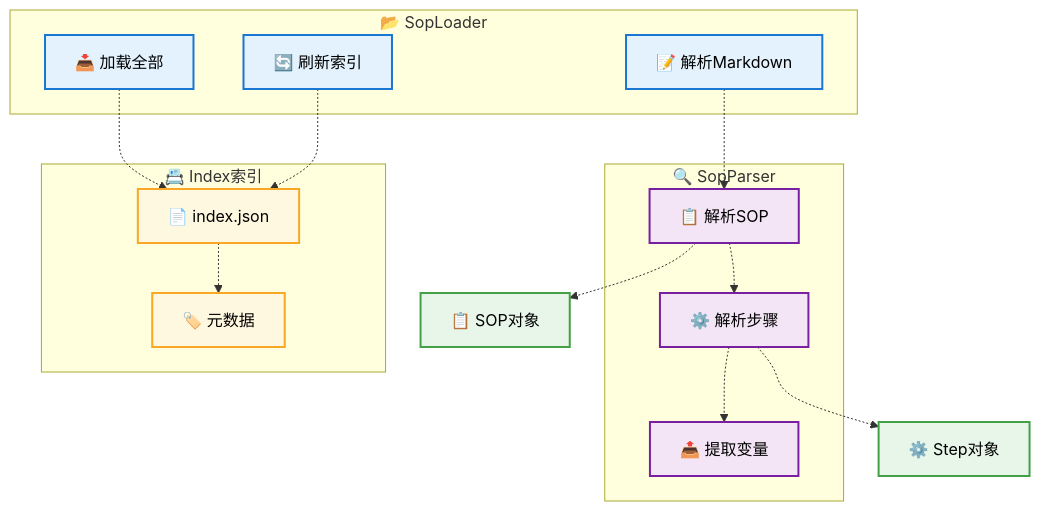
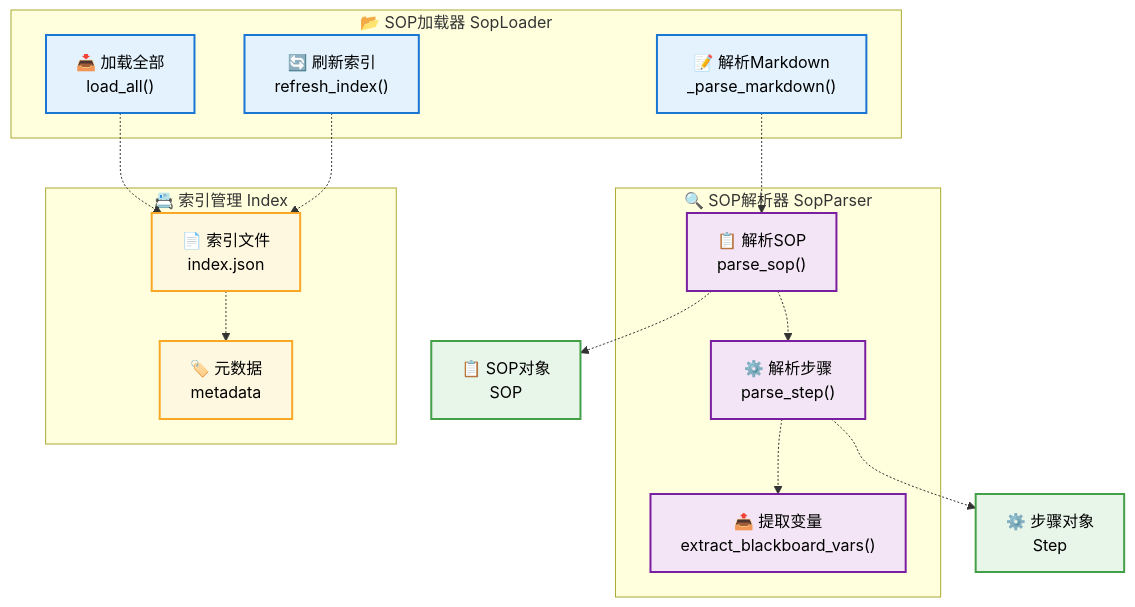
One commit to 0mao0/AnGIneer changed the sixth of 6 diagrams in README.md. Above: the diagram before and after it, drawn with Mermaid. The commit also changed other lines of this file, not shown here.

Commit message:
v0.0.22 docs: 更新README中的流程图中文标签和函数说明 重点修改TableLookup，可能换为LLM模式以适应规范中各式各样的表格样式

````diff
--- a/README.md
+++ b/README.md
@@ -278,48 +278,48 @@
 ```mermaid
 flowchart TD
     %% 样式定义
     classDef loader fill:#e3f2fd,stroke:#1976d2,stroke-width:2px,color:#000
     classDef parser fill:#f3e5f5,stroke:#7b1fa2,stroke-width:2px,color:#000
     classDef index fill:#fff8e1,stroke:#f9a825,stroke-width:2px,color:#000
     classDef model fill:#e8f5e9,stroke:#43a047,stroke-width:2px,color:#000
-    
+
     %% 加载器
-    subgraph Loader["📂 SopLoader"]
-        S_LOAD_ALL["📥 加载全部"]
-        S_REFRESH["🔄 刷新索引"]
-        S_PARSE_MD["📝 解析Markdown"]
+    subgraph Loader["📂 SOP加载器 SopLoader"]
+        S_LOAD_ALL["📥 加载全部<br>load_all()"]
+        S_REFRESH["🔄 刷新索引<br>refresh_index()"]
+        S_PARSE_MD["📝 解析Markdown<br>_parse_markdown()"]
     end
-    
+
     %% 解析器
-    subgraph Parser["🔍 SopParser"]
-        S_PARSE_SOP["📋 解析SOP"]
-        S_PARSE_STEP["⚙️ 解析步骤"]
-        S_EXTRACT_BB["📤 提取变量"]
+    subgraph Parser["🔍 SOP解析器 SopParser"]
+        S_PARSE_SOP["📋 解析SOP<br>parse_sop()"]
+        S_PARSE_STEP["⚙️ 解析步骤<br>parse_step()"]
+        S_EXTRACT_BB["📤 提取变量<br>extract_blackboard_vars()"]
     end
-    
+
     %% 索引
-    subgraph Index["📇 Index索引"]
-        S_INDEX_FILE["📄 index.json"]
-        S_META["🏷️ 元数据"]
+    subgraph Index["📇 索引管理 Index"]
+        S_INDEX_FILE["📄 索引文件<br>index.json"]
+        S_META["🏷️ 元数据<br>metadata"]
     end
-    
+
     %% 数据模型
-    S_SOP["📋 SOP对象"]
-    S_STEP["⚙️ Step对象"]
-    
+    S_SOP["📋 SOP对象<br>SOP"]
+    S_STEP["⚙️ 步骤对象<br>Step"]
+
     %% 连接
     S_LOAD_ALL -.-> S_INDEX_FILE
     S_REFRESH -.-> S_INDEX_FILE
     S_INDEX_FILE -.-> S_META
     S_PARSE_MD -.-> S_PARSE_SOP
     S_PARSE_SOP -.-> S_PARSE_STEP
     S_PARSE_STEP -.-> S_EXTRACT_BB
     S_PARSE_SOP -.-> S_SOP
     S_PARSE_STEP -.-> S_STEP
-    
+
     %% 样式
     class S_LOAD_ALL,S_REFRESH,S_PARSE_MD loader
     class S_PARSE_SOP,S_PARSE_STEP,S_EXTRACT_BB parser
     class S_INDEX_FILE,S_META index
     class S_SOP,S_STEP model
 ```
````
